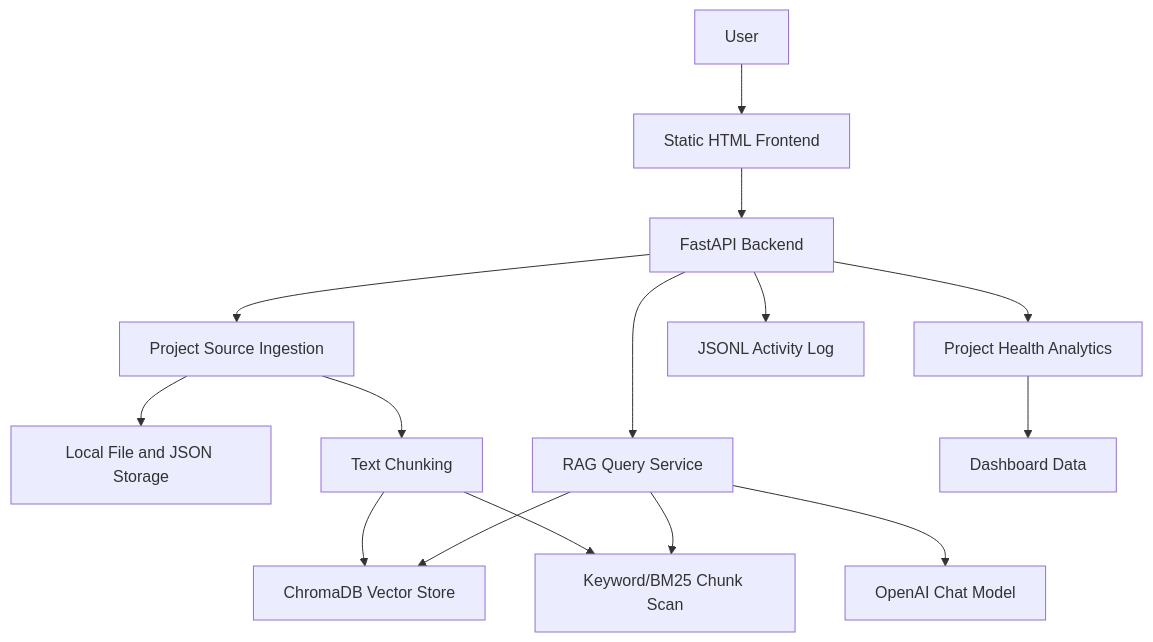
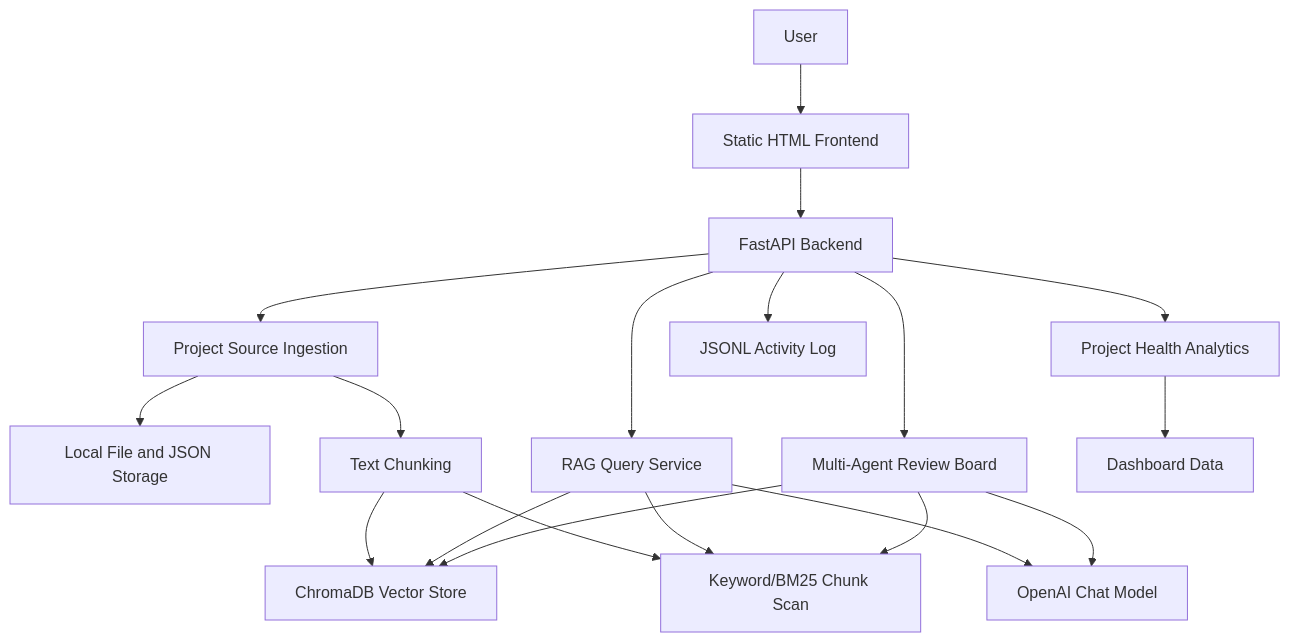
Before and after one commit to PranayRudra-3107/Base: the first of 2 diagrams in README.md, drawn with Mermaid. The commit also changed other lines of this file and 13 other files, not shown here.

Commit message:
multi agent orchestration

````diff
--- a/README.md
+++ b/README.md
@@ -116,17 +154,21 @@
 ```mermaid
 graph TD
   User[User] --> Frontend[Static HTML Frontend]
   Frontend --> API[FastAPI Backend]
   API --> Ingest[Project Source Ingestion]
   Ingest --> Storage[Local File and JSON Storage]
   Ingest --> Chunks[Text Chunking]
   Chunks --> VectorDB[ChromaDB Vector Store]
   Chunks --> Keyword[Keyword/BM25 Chunk Scan]
   API --> RAG[RAG Query Service]
   RAG --> VectorDB
   RAG --> Keyword
   RAG --> OpenAI[OpenAI Chat Model]
+  API --> ReviewBoard[Multi-Agent Review Board]
+  ReviewBoard --> VectorDB
+  ReviewBoard --> Keyword
+  ReviewBoard --> OpenAI
   API --> Analytics[Project Health Analytics]
   Analytics --> Dashboard[Dashboard Data]
   API --> ActivityLog[JSONL Activity Log]
 ```
````
